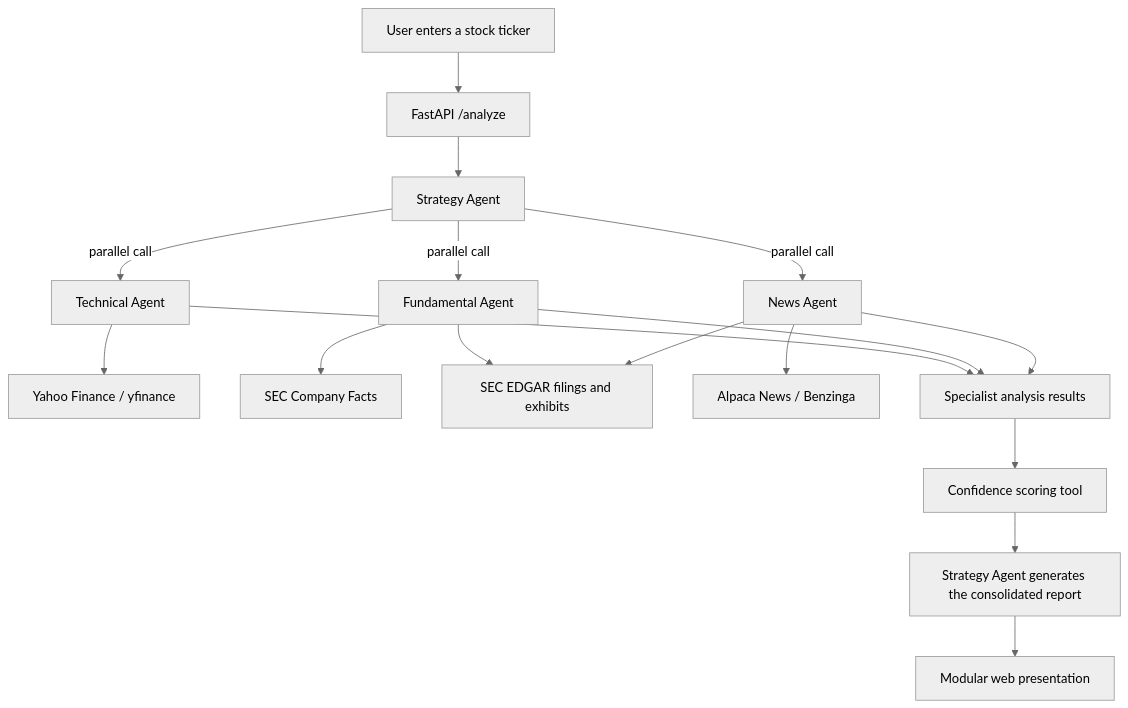
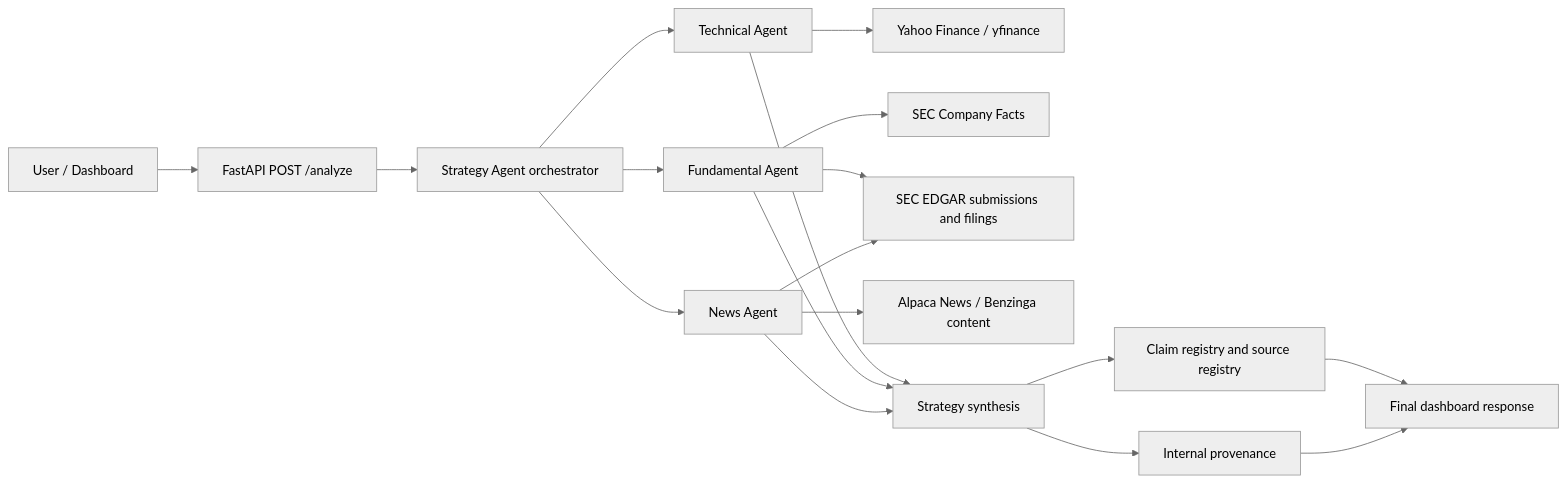
Before and after one commit to christinezhao030816/us-stock-agent: the diagram in README.md, drawn with Mermaid (neutral theme). The commit also changed other lines of this file, not shown here.

Commit message:
docs: restore PR1 architecture in README

````diff
--- a/README.md
+++ b/README.md
@@ -67,23 +67,24 @@
 ```mermaid
-flowchart TD
-    U["User enters a stock ticker"] --> API["FastAPI /analyze"]
-    API --> S["Strategy Agent"]
+flowchart LR
+    U[User / Dashboard] --> API[FastAPI POST /analyze]
+    API --> S[Strategy Agent orchestrator]
 
-    S -->|parallel call| T["Technical Agent"]
-    S -->|parallel call| F["Fundamental Agent"]
-    S -->|parallel call| N["News Agent"]
+    S --> T[Technical Agent]
+    S --> F[Fundamental Agent]
+    S --> N[News Agent]
 
-    T --> Y["Yahoo Finance / yfinance"]
-    F --> CF["SEC Company Facts"]
-    F --> ED["SEC EDGAR filings and exhibits"]
-    N --> AN["Alpaca News / Benzinga"]
+    T --> Y[Yahoo Finance / yfinance]
+    F --> CF[SEC Company Facts]
+    F --> ED[SEC EDGAR submissions and filings]
+    N --> AN[Alpaca News / Benzinga content]
     N --> ED
 
-    T --> M["Specialist analysis results"]
-    F --> M
-    N --> M
+    T --> TS[Strategy synthesis]
+    F --> TS
+    N --> TS
 
-    M --> C["Confidence scoring tool"]
-    C --> R["Strategy Agent generates the consolidated report"]
-    R --> UI["Modular web presentation"]
+    TS --> ER[Claim registry and source registry]
+    TS --> IP[Internal provenance]
+    ER --> R[Final dashboard response]
+    IP --> R
 ```
````
